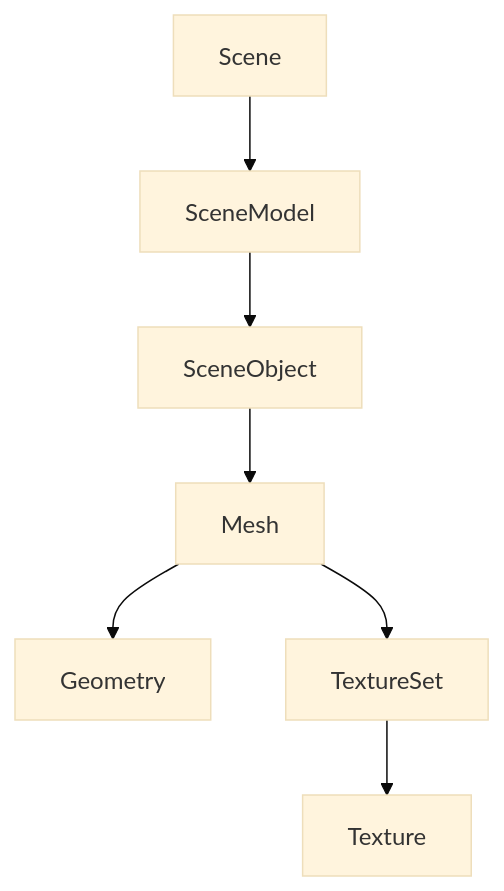
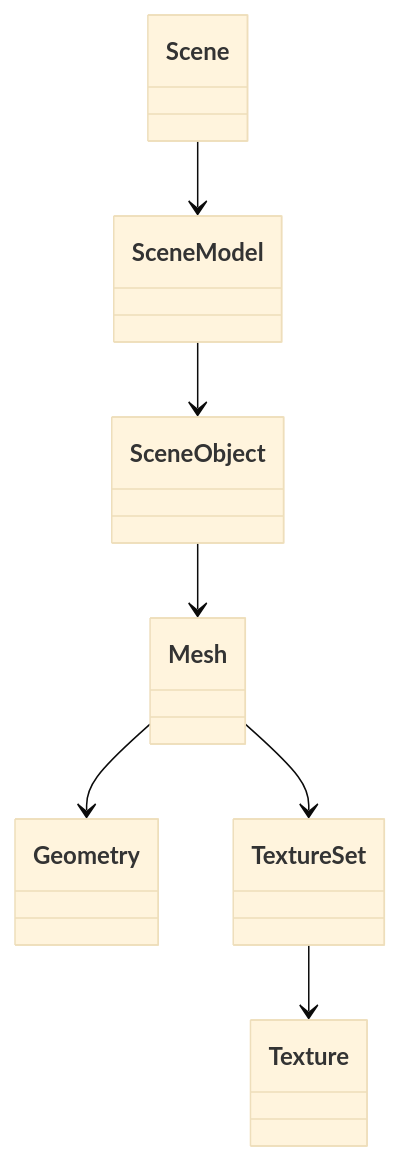
One commit to xeokit/sdk changed the first of 3 diagrams in README.md. Above: the diagram before and after it, drawn with Mermaid (base theme). The commit also changed other lines of this file, not shown here.

````diff
--- a/README.md
+++ b/README.md
@@ -43,9 +44,9 @@
 ```mermaid
-graph TD;
-    Scene-->SceneModel;
-    SceneModel-->SceneObject;
-    SceneObject-->Mesh;
-    Mesh-->Geometry;
-    Mesh-->TextureSet;
-    TextureSet-->Texture;
+classDiagram
+    Scene-->SceneModel
+    SceneModel-->SceneObject
+    SceneObject-->Mesh
+    Mesh-->Geometry
+    Mesh-->TextureSet
+    TextureSet-->Texture
 ```
````
